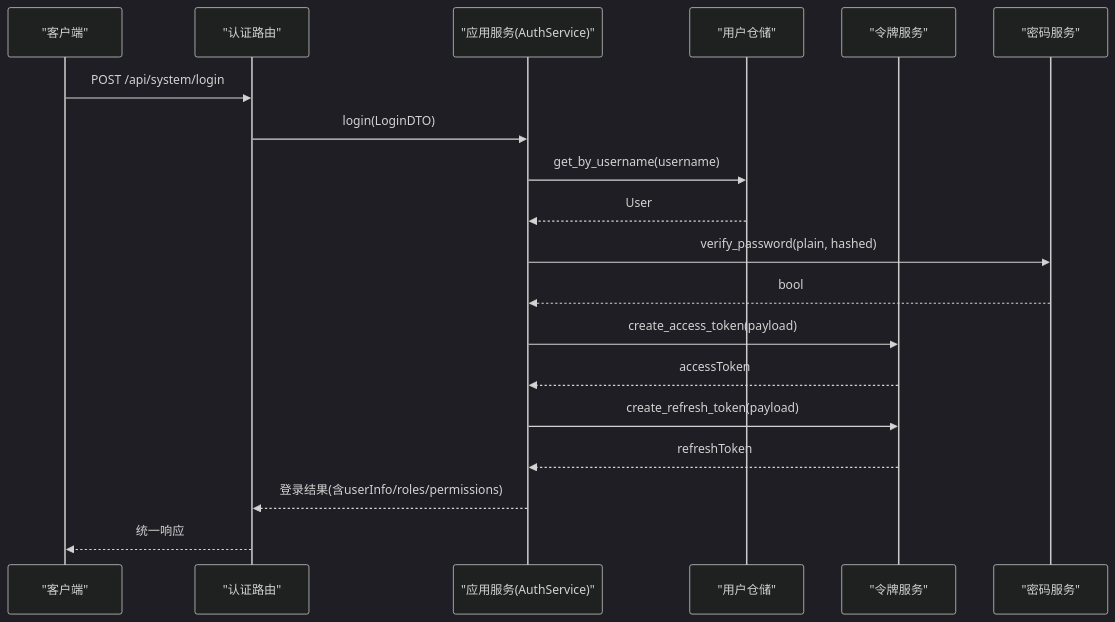
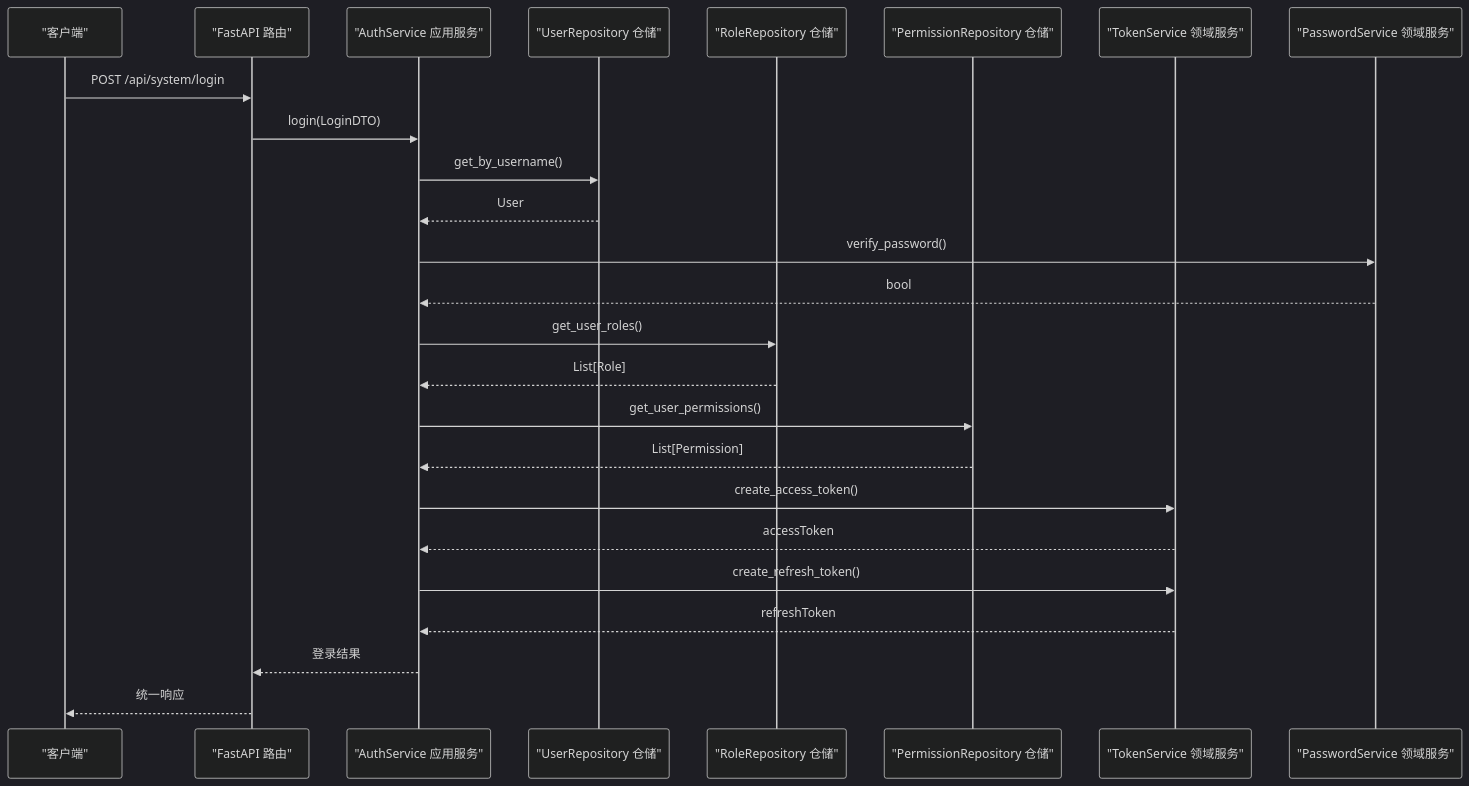
The fourth of 8 diagrams in .qoder/repowiki/zh/content/项目概述/架构设计/架构设计.md (taoweidong/Hello-FastApi), drawn with Mermaid (dark theme) before and after one commit. The commit also changed other lines of this file and 24 other files, not shown here.

````diff
--- a/.qoder/repowiki/zh/content/项目概述/架构设计/架构设计.md
+++ b/.qoder/repowiki/zh/content/项目概述/架构设计/架构设计.md
@@ -132,21 +228,27 @@
 ```mermaid
 sequenceDiagram
-participant C as "客户端"
-participant R as "认证路由"
-participant S as "应用服务(AuthService)"
-participant U as "用户仓储"
-participant T as "令牌服务"
-participant P as "密码服务"
-C->>R : POST /api/system/login
-R->>S : login(LoginDTO)
-S->>U : get_by_username(username)
-U-->>S : User
-S->>P : verify_password(plain, hashed)
-P-->>S : bool
-S->>T : create_access_token(payload)
-T-->>S : accessToken
-S->>T : create_refresh_token(payload)
-T-->>S : refreshToken
-S-->>R : 登录结果(含userInfo/roles/permissions)
-R-->>C : 统一响应
+participant Client as "客户端"
+participant Router as "FastAPI 路由"
+participant Service as "AuthService 应用服务"
+participant UserRepo as "UserRepository 仓储"
+participant RoleRepo as "RoleRepository 仓储"
+participant PermRepo as "PermissionRepository 仓储"
+participant TokenSvc as "TokenService 领域服务"
+participant PassSvc as "PasswordService 领域服务"
+Client->>Router : POST /api/system/login
+Router->>Service : login(LoginDTO)
+Service->>UserRepo : get_by_username()
+UserRepo-->>Service : User
+Service->>PassSvc : verify_password()
+PassSvc-->>Service : bool
+Service->>RoleRepo : get_user_roles()
+RoleRepo-->>Service : List[Role]
+Service->>PermRepo : get_user_permissions()
+PermRepo-->>Service : List[Permission]
+Service->>TokenSvc : create_access_token()
+TokenSvc-->>Service : accessToken
+Service->>TokenSvc : create_refresh_token()
+TokenSvc-->>Service : refreshToken
+Service-->>Router : 登录结果
+Router-->>Client : 统一响应
 ```
````
